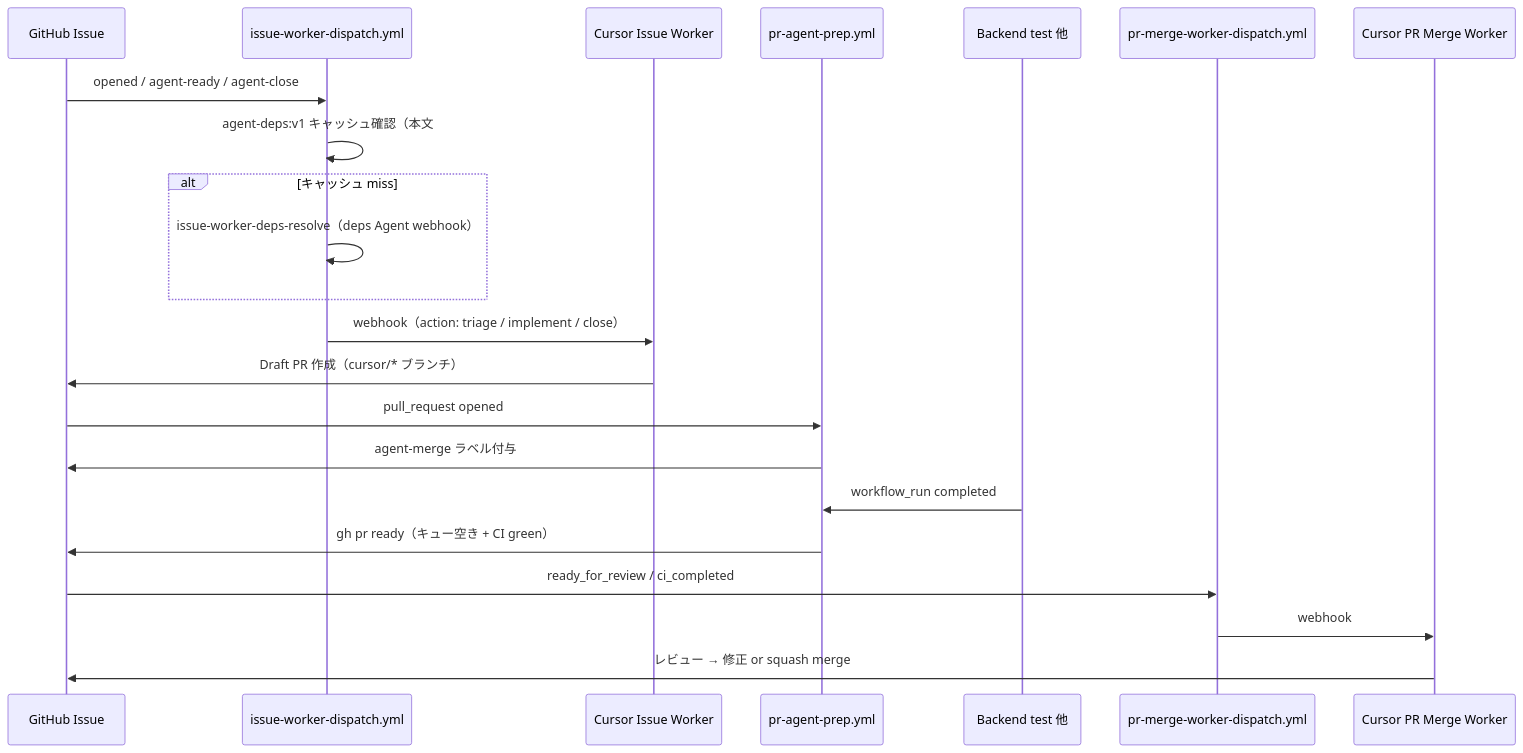
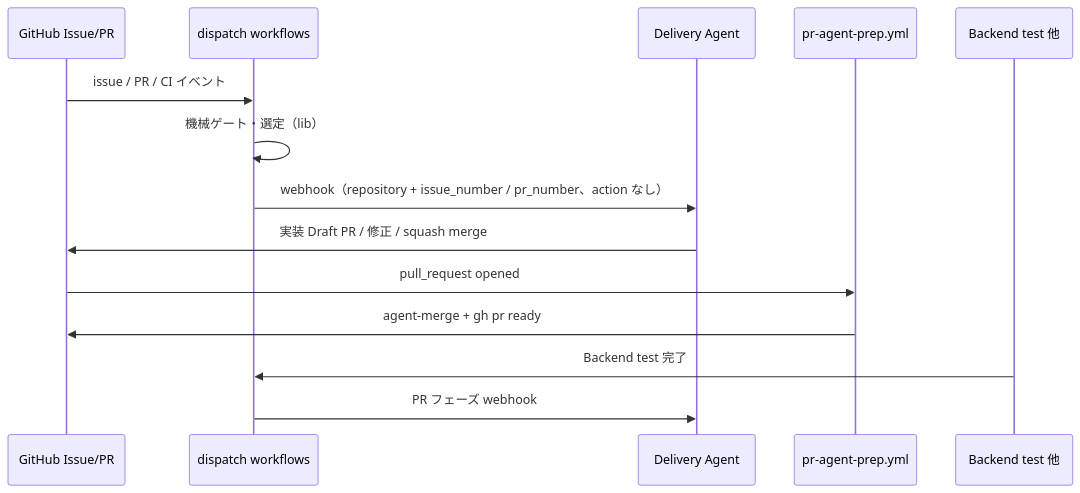
The second of 3 diagrams in docs/automation/CURSOR-AUTOMATION-AND-GITHUB-WORKFLOWS.md (rick-chick/agrr), drawn with Mermaid before and after one commit. The commit also changed other lines of this file and 29 other files, not shown here.

First line of the commit message:
feat(automation): Delivery Agent 統合（Issue/Merge Worker 廃止） (#428)

````diff
--- a/docs/automation/CURSOR-AUTOMATION-AND-GITHUB-WORKFLOWS.md
+++ b/docs/automation/CURSOR-AUTOMATION-AND-GITHUB-WORKFLOWS.md
@@ -68,25 +68,17 @@
 ```mermaid
 sequenceDiagram
-  participant GH as GitHub Issue
-  participant IWD as issue-worker-dispatch.yml
-  participant IW as Cursor Issue Worker
+  participant GH as GitHub Issue/PR
+  participant DISP as dispatch workflows
+  participant DA as Delivery Agent
   participant PAP as pr-agent-prep.yml
   participant CI as Backend test 他
-  participant PMD as pr-merge-worker-dispatch.yml
-  participant PMW as Cursor PR Merge Worker
 
-  GH->>IWD: opened / agent-ready / agent-close
-  IWD->>IWD: agent-deps:v1 キャッシュ確認（本文 #N パースなし）
-  alt キャッシュ miss
-    IWD->>IWD: issue-worker-deps-resolve（deps Agent webhook）
-  end
-  IWD->>IW: webhook（action: triage / implement / close）
-  IW->>GH: Draft PR 作成（cursor/* ブランチ）
+  GH->>DISP: issue / PR / CI イベント
+  DISP->>DISP: 機械ゲート・選定（lib）
+  DISP->>DA: webhook（repository + issue_number / pr_number、action なし）
+  DA->>GH: 実装 Draft PR / 修正 / squash merge
   GH->>PAP: pull_request opened
-  PAP->>GH: agent-merge ラベル付与
-  CI->>PAP: workflow_run completed
-  PAP->>GH: gh pr ready（キュー空き + CI green）
-  GH->>PMD: ready_for_review / ci_completed
-  PMD->>PMW: webhook
-  PMW->>GH: レビュー → 修正 or squash merge
+  PAP->>GH: agent-merge + gh pr ready
+  CI->>DISP: Backend test 完了
+  DISP->>DA: PR フェーズ webhook
 ```
````
